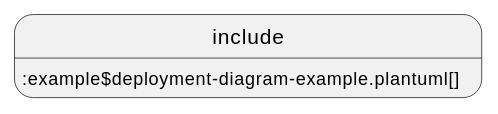
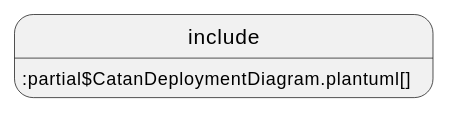
Before and after one commit to Bobinho44/PROJET_OOAD_M1: the first of 5 diagrams in catan-doc/modules/architecture/pages/architecture.adoc, drawn with PlantUML. The commit also changed other lines of this file and 5 other files, not shown here.

```diff
--- a/catan-doc/modules/architecture/pages/architecture.adoc
+++ b/catan-doc/modules/architecture/pages/architecture.adoc
@@ -34,4 +34,4 @@
 [plantuml]
 ----
-include::example$deployment-diagram-example.plantuml[]
+include::partial$CatanDeploymentDiagram.plantuml[]
 ----
```
